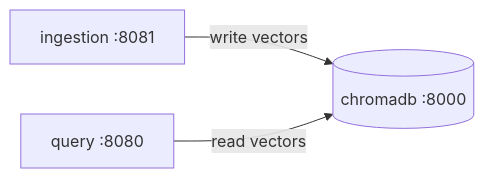
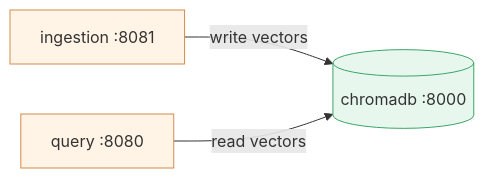
The first of 2 diagrams in chapter_4/l4/README.md (LinkedInLearning/docker-for-local-ai-app-development-build-lightweight-containerized-ai-applications-11189001), drawn with Mermaid before and after one commit. The commit also changed other lines of this file and 11 other files, not shown here.

Commit message:
unified the readmes diagrams

````diff
--- a/chapter_4/l4/README.md
+++ b/chapter_4/l4/README.md
@@ -26,5 +26,10 @@
 ```mermaid
 flowchart LR
     I["ingestion :8081"] -->|write vectors| DB[("chromadb :8000")]
     Q["query :8080"] -->|read vectors| DB
+
+    classDef svc fill:#fff4e6,stroke:#d28b4f,stroke-width:1px;
+    classDef store fill:#e8f7ee,stroke:#3aa667,stroke-width:1px;
+    class I,Q svc;
+    class DB store;
 ```
````
